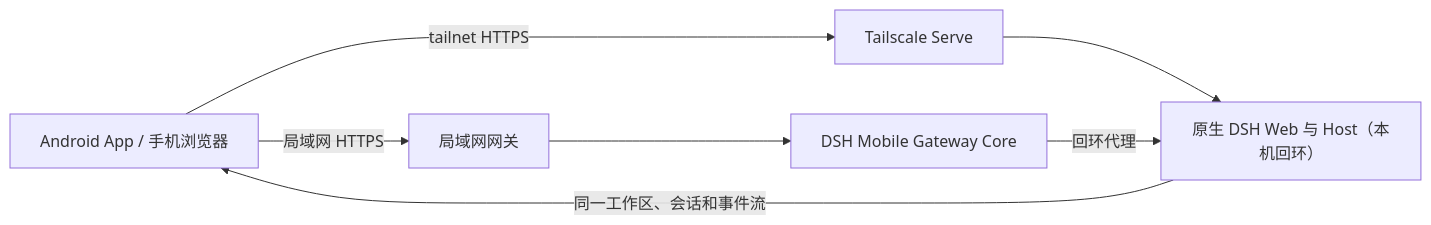
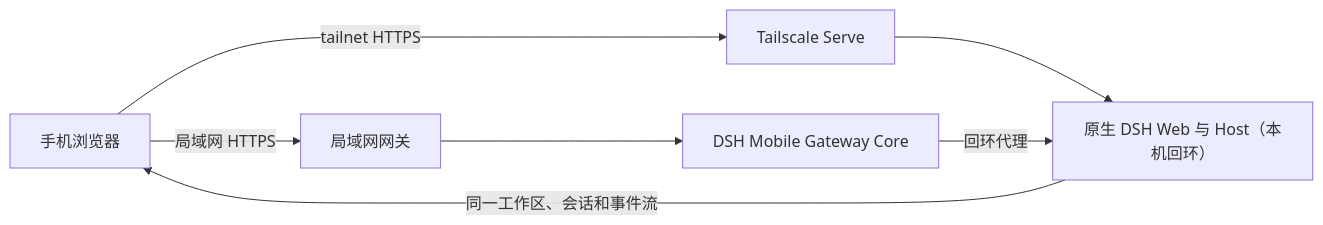
The diagram in README.md (qiushenjie/dsh-mobile-tailscale), drawn with Mermaid before and after one commit. The commit also changed other lines of this file and 6 other files, not shown here.

````diff
--- a/README.md
+++ b/README.md
@@ -261,9 +256,9 @@
 ```mermaid
 flowchart LR
-  Phone["Android App / 手机浏览器"] -->|"局域网 HTTPS"| Lan["局域网网关"]
+  Phone["手机浏览器"] -->|"局域网 HTTPS"| Lan["局域网网关"]
   Phone -->|"tailnet HTTPS"| Serve["Tailscale Serve"]
   Lan --> Gateway["DSH Mobile Gateway Core"]
   Serve --> DSH["原生 DSH Web 与 Host（本机回环）"]
   Gateway -->|"回环代理"| DSH
   DSH -->|"同一工作区、会话和事件流"| Phone
 ```
````
